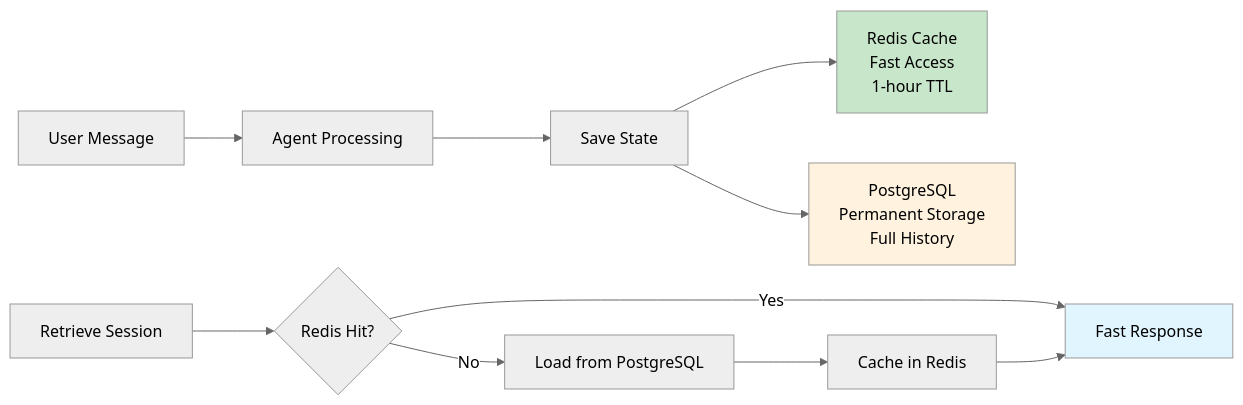
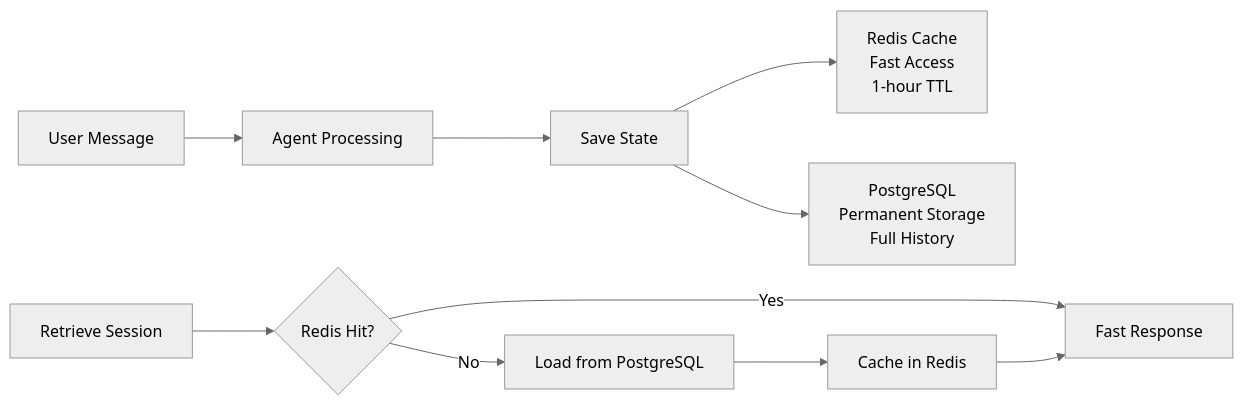
One commit to py-react/agent-with-context changed the fourth of 4 diagrams in README.md. Above: the diagram before and after it, drawn with Mermaid (neutral theme). The commit also changed other lines of this file, not shown here.

````diff
--- a/README.md
+++ b/README.md
@@ -385,17 +306,13 @@
 ```mermaid
 graph LR
     A[User Message] --> B[Agent Processing]
     B --> C[Save State]
     C --> D[Redis Cache<br/>Fast Access<br/>1-hour TTL]
     C --> E[PostgreSQL<br/>Permanent Storage<br/>Full History]
     
     F[Retrieve Session] --> G{Redis Hit?}
     G -->|Yes| H[Fast Response]
     G -->|No| I[Load from PostgreSQL]
     I --> J[Cache in Redis]
     J --> H
-    
-    style D fill:#c8e6c9
-    style E fill:#fff3e0
-    style H fill:#e1f5fe
 ```
````
